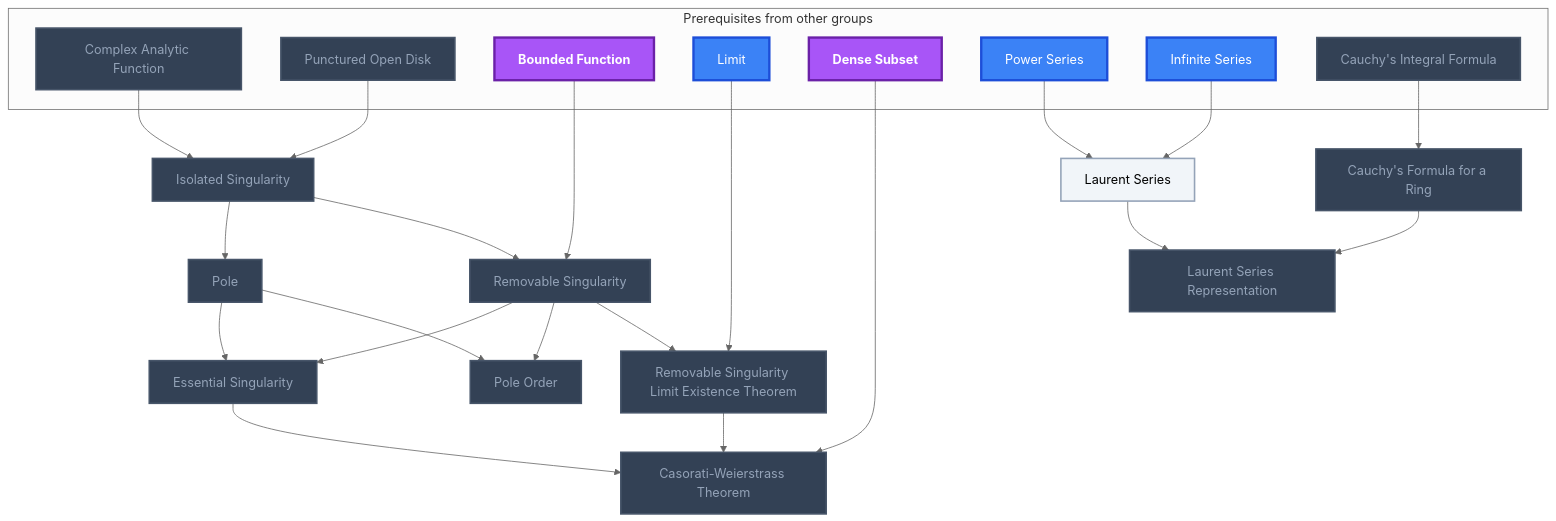
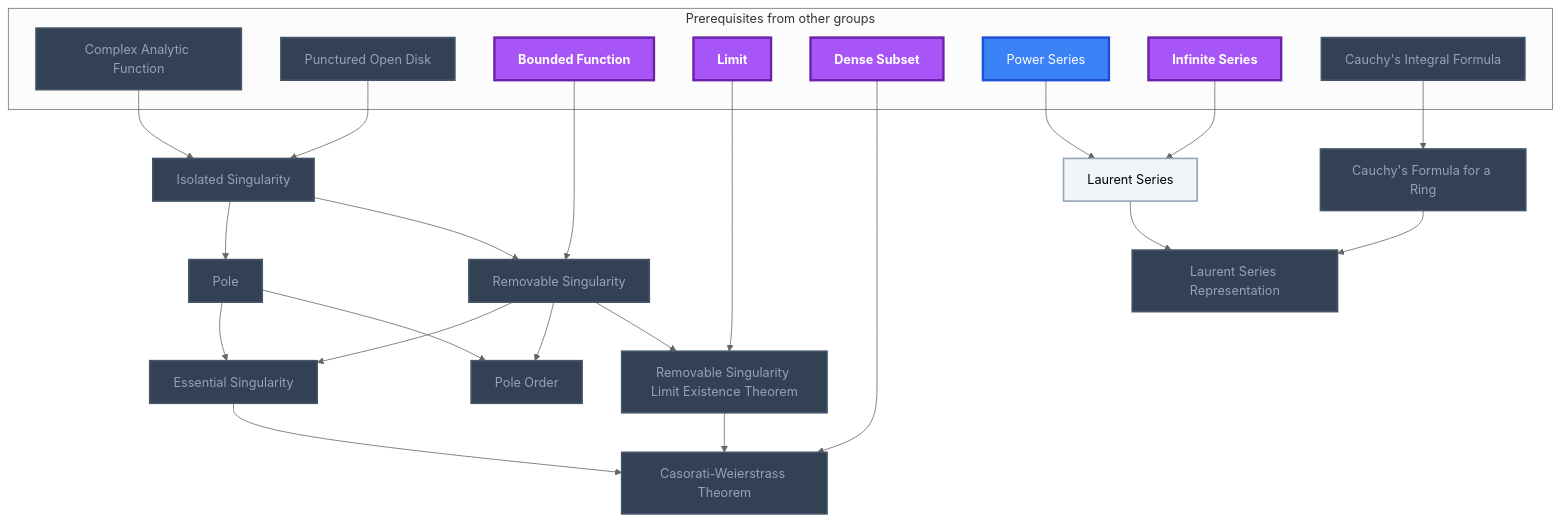
Before and after one commit to MRauf1/My-Notes: the tenth of 19 diagrams in Gamification/Skill Trees/Complex Analysis.md, drawn with Mermaid (neutral theme). The commit also changed other lines of this file and 73 other files, not shown here.

````diff
--- a/Gamification/Skill Trees/Complex Analysis.md
+++ b/Gamification/Skill Trees/Complex Analysis.md
@@ -427,56 +427,56 @@
 ```mermaid
 flowchart TD
     classDef planned fill:#1E293B,stroke:#64748B,stroke-width:2px,stroke-dasharray:5 5,color:#94A3B8;
     classDef locked fill:#334155,stroke:#475569,stroke-width:2px,color:#94A3B8;
     classDef L0 fill:#F1F5F9,stroke:#94A3B8,stroke-width:2px,color:#000000;
     classDef L1 fill:#22C55E,stroke:#15803D,stroke-width:2px,color:#000000;
     classDef L2 fill:#3B82F6,stroke:#1D4ED8,stroke-width:3px,color:#FFFFFF;
     classDef L3 fill:#A855F7,stroke:#6B21A8,stroke-width:3px,color:#FFFFFF,font-weight:bold;
     classDef L4 fill:#F97316,stroke:#C2410C,stroke-width:4px,color:#000000,font-weight:bold;
     classDef L5 fill:#FFD700,stroke:#FF8C00,stroke-width:5px,color:#000000,font-weight:bold;
     classDef rusty stroke:#8B4513,stroke-width:4px,stroke-dasharray:3 3;
     subgraph sg_prereqs["Prerequisites from other groups"]
         n_complex_analytic_function["Complex Analytic Function"]
         n_punctured_open_disk["Punctured Open Disk"]
         n_bounded_function["Bounded Function"]
         n_limit["Limit"]
         n_dense_subset["Dense Subset"]
         n_power_series["Power Series"]
         n_infinite_series["Infinite Series"]
         n_cauchy_s_integral_formula["Cauchy's Integral Formula"]
     end
     n_isolated_singularity["Isolated Singularity"]
     n_removable_singularity["Removable Singularity"]
     n_removable_singularity_limit_existence_theorem["Removable Singularity Limit Existence Theorem"]
     n_pole["Pole"]
     n_pole_order["Pole Order"]
     n_essential_singularity["Essential Singularity"]
     n_casorati_weierstrass_theorem["Casorati-Weierstrass Theorem"]
     n_laurent_series["Laurent Series"]
     n_cauchy_s_formula_for_a_ring["Cauchy's Formula for a Ring"]
     n_laurent_series_representation["Laurent Series Representation"]
     n_complex_analytic_function --> n_isolated_singularity
     n_punctured_open_disk --> n_isolated_singularity
     n_isolated_singularity --> n_removable_singularity
     n_bounded_function --> n_removable_singularity
     n_removable_singularity --> n_removable_singularity_limit_existence_theorem
     n_limit --> n_removable_singularity_limit_existence_theorem
     n_isolated_singularity --> n_pole
     n_pole --> n_pole_order
     n_removable_singularity --> n_pole_order
     n_removable_singularity --> n_essential_singularity
     n_pole --> n_essential_singularity
     n_essential_singularity --> n_casorati_weierstrass_theorem
     n_removable_singularity_limit_existence_theorem --> n_casorati_weierstrass_theorem
     n_dense_subset --> n_casorati_weierstrass_theorem
     n_power_series --> n_laurent_series
     n_infinite_series --> n_laurent_series
     n_cauchy_s_integral_formula --> n_cauchy_s_formula_for_a_ring
     n_laurent_series --> n_laurent_series_representation
     n_cauchy_s_formula_for_a_ring --> n_laurent_series_representation
     class n_complex_analytic_function,n_punctured_open_disk,n_cauchy_s_integral_formula,n_isolated_singularity,n_removable_singularity,n_removable_singularity_limit_existence_theorem,n_pole,n_pole_order,n_essential_singularity,n_casorati_weierstrass_theorem,n_cauchy_s_formula_for_a_ring,n_laurent_series_representation locked;
     class n_laurent_series L0;
-    class n_limit,n_power_series,n_infinite_series L2;
-    class n_bounded_function,n_dense_subset L3;
+    class n_power_series L2;
+    class n_bounded_function,n_limit,n_dense_subset,n_infinite_series L3;
     class n_complex_analytic_function,n_punctured_open_disk,n_bounded_function,n_limit,n_dense_subset,n_power_series,n_infinite_series,n_cauchy_s_integral_formula,n_isolated_singularity,n_removable_singularity,n_removable_singularity_limit_existence_theorem,n_pole,n_pole_order,n_essential_singularity,n_casorati_weierstrass_theorem,n_laurent_series,n_cauchy_s_formula_for_a_ring,n_laurent_series_representation internal-link;
 ```
````
